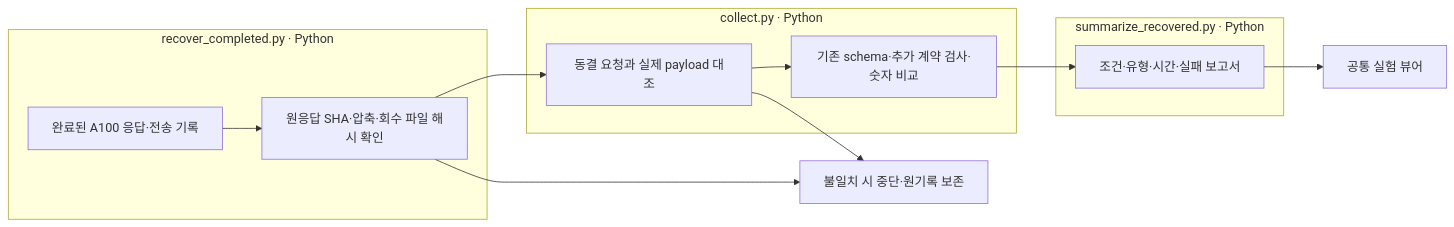
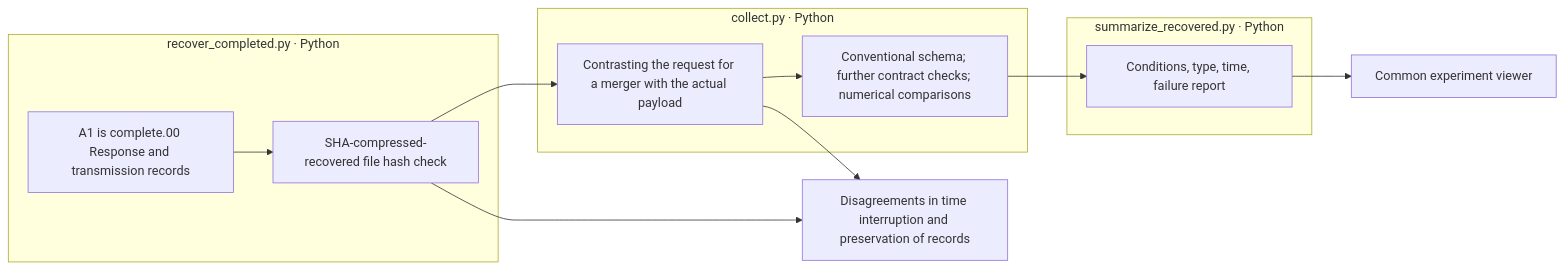
The diagram in src/finarch/experiments/templates/a100-recovery-index.md (pnu-clink/finject), drawn with Mermaid before and after one commit. The commit also changed other lines of this file and 644 other files, not shown here.

````diff
--- a/src/finarch/experiments/templates/a100-recovery-index.md
+++ b/src/finarch/experiments/templates/a100-recovery-index.md
@@ -17,16 +17,16 @@
 ```mermaid
 flowchart LR
  subgraph R[recover_completed.py · Python]
-  A[완료된 A100 응답·전송 기록] --> H[원응답 SHA·압축·회수 파일 해시 확인]
+  A[A1 is complete.00 Response and transmission records] --> H[SHA-compressed-recovered file hash check]
  end
  subgraph C[collect.py · Python]
-  H --> P[동결 요청과 실제 payload 대조]
-  P --> V[기존 schema·추가 계약 검사·숫자 비교]
+  H --> P[Contrasting the request for a merger with the actual payload]
+  P --> V[Conventional schema; further contract checks; numerical comparisons]
  end
  subgraph S[summarize_recovered.py · Python]
-  V --> O[조건·유형·시간·실패 보고서]
+  V --> O[Conditions, type, time, failure report]
  end
- O --> W[공통 실험 뷰어]
- H --> F[불일치 시 중단·원기록 보존]
+ O --> W[Common experiment viewer]
+ H --> F[Disagreements in time interruption and preservation of records]
  P --> F
 ```
````
